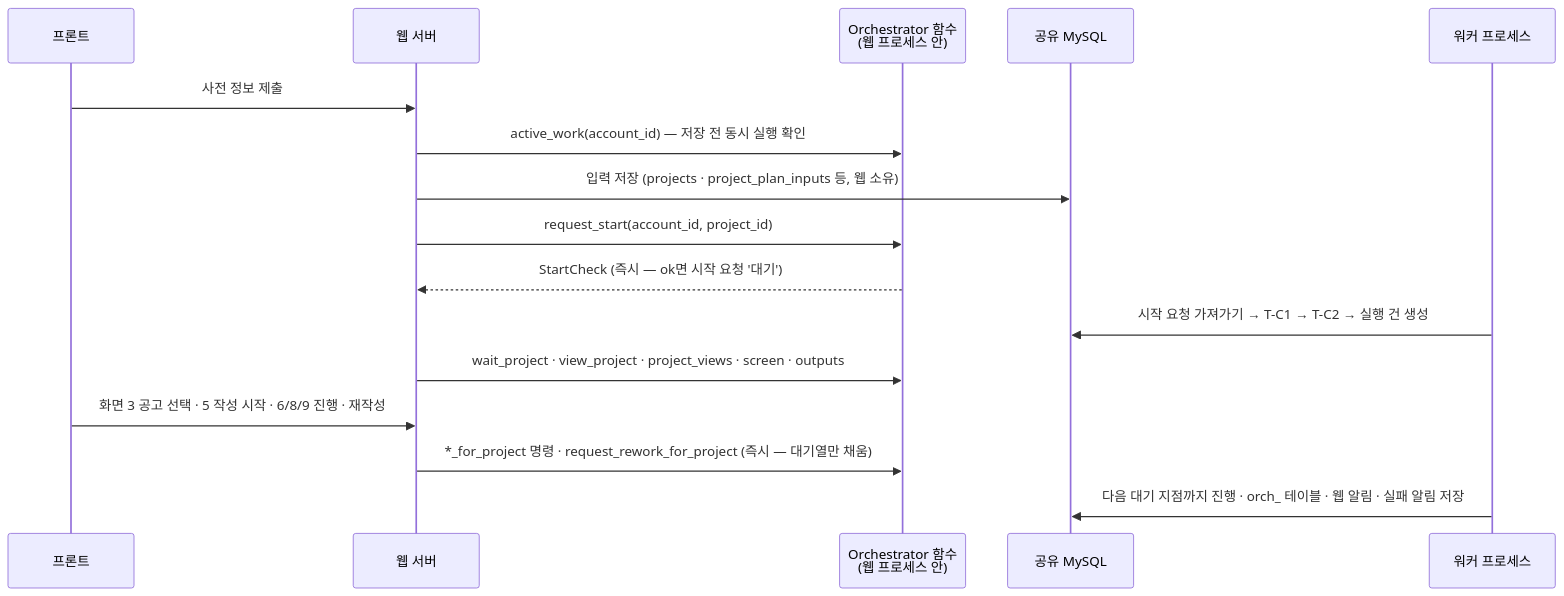
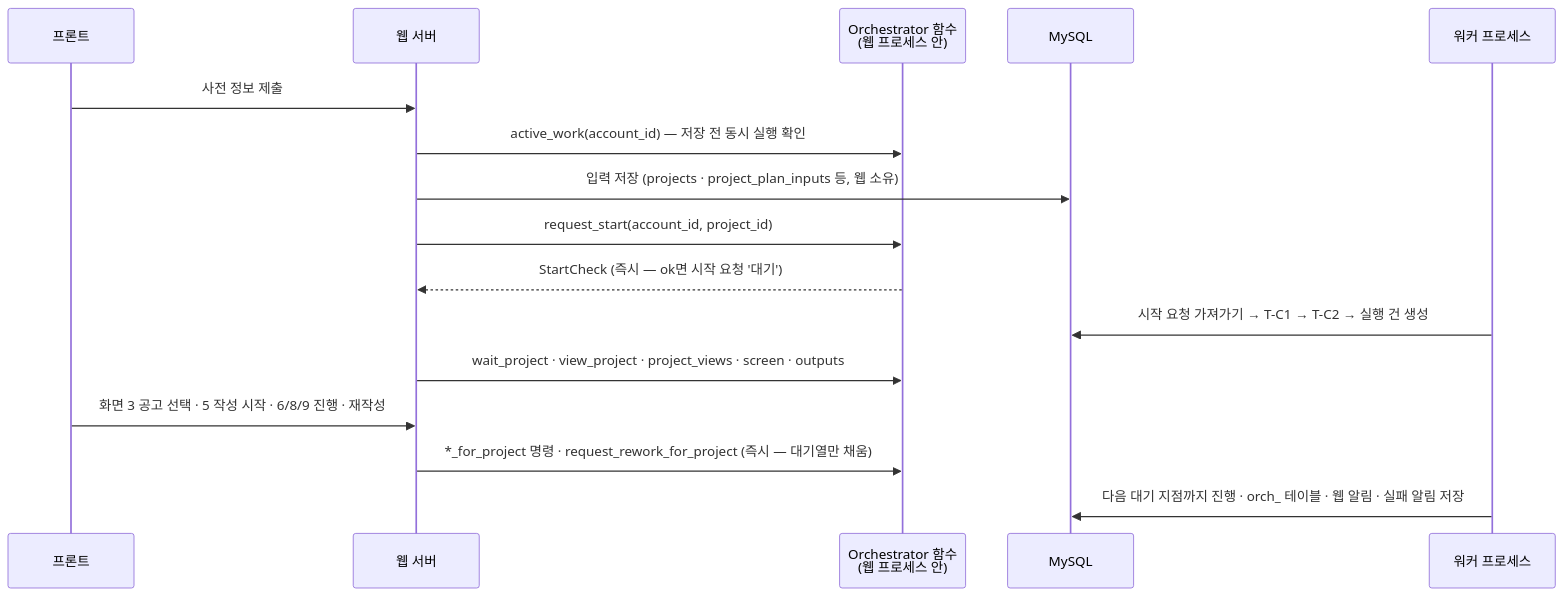
Before and after one commit to SKNETWORKS-FAMILY-AICAMP/SKN32-FINAL-1TEAM: the diagram in agent-orchestration/docs/Orchestrator_웹연동_함수명세.md, drawn with Mermaid. The commit also changed other lines of this file and 77 other files, not shown here.

````diff
--- a/agent-orchestration/docs/Orchestrator_웹연동_함수명세.md
+++ b/agent-orchestration/docs/Orchestrator_웹연동_함수명세.md
@@ -17,18 +25,18 @@
 ```mermaid
 sequenceDiagram
   participant F as 프론트
   participant W as 웹 서버
   participant O as Orchestrator 함수<br/>(웹 프로세스 안)
-  participant DB as 공유 MySQL
+  participant DB as MySQL
   participant K as 워커 프로세스
   F->>W: 사전 정보 제출
   W->>O: active_work(account_id) — 저장 전 동시 실행 확인
   W->>DB: 입력 저장 (projects · project_plan_inputs 등, 웹 소유)
   W->>O: request_start(account_id, project_id)
   O-->>W: StartCheck (즉시 — ok면 시작 요청 '대기')
   K->>DB: 시작 요청 가져가기 → T-C1 → T-C2 → 실행 건 생성
   W->>O: wait_project · view_project · project_views · screen · outputs
   F->>W: 화면 3 공고 선택 · 5 작성 시작 · 6/8/9 진행 · 재작성
   W->>O: *_for_project 명령 · request_rework_for_project (즉시 — 대기열만 채움)
   K->>DB: 다음 대기 지점까지 진행 · orch_ 테이블 · 웹 알림 · 실패 알림 저장
 ```
````
